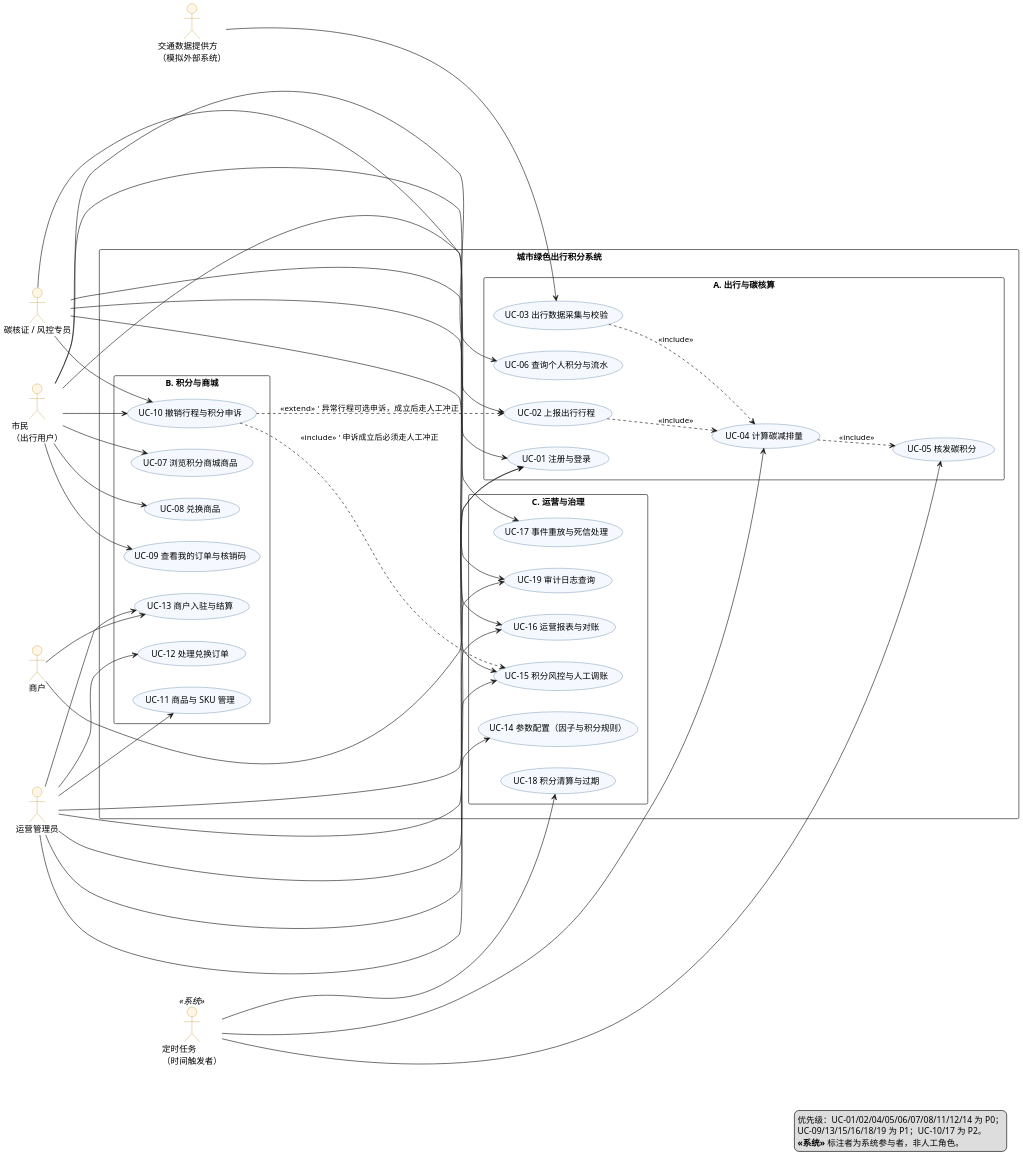
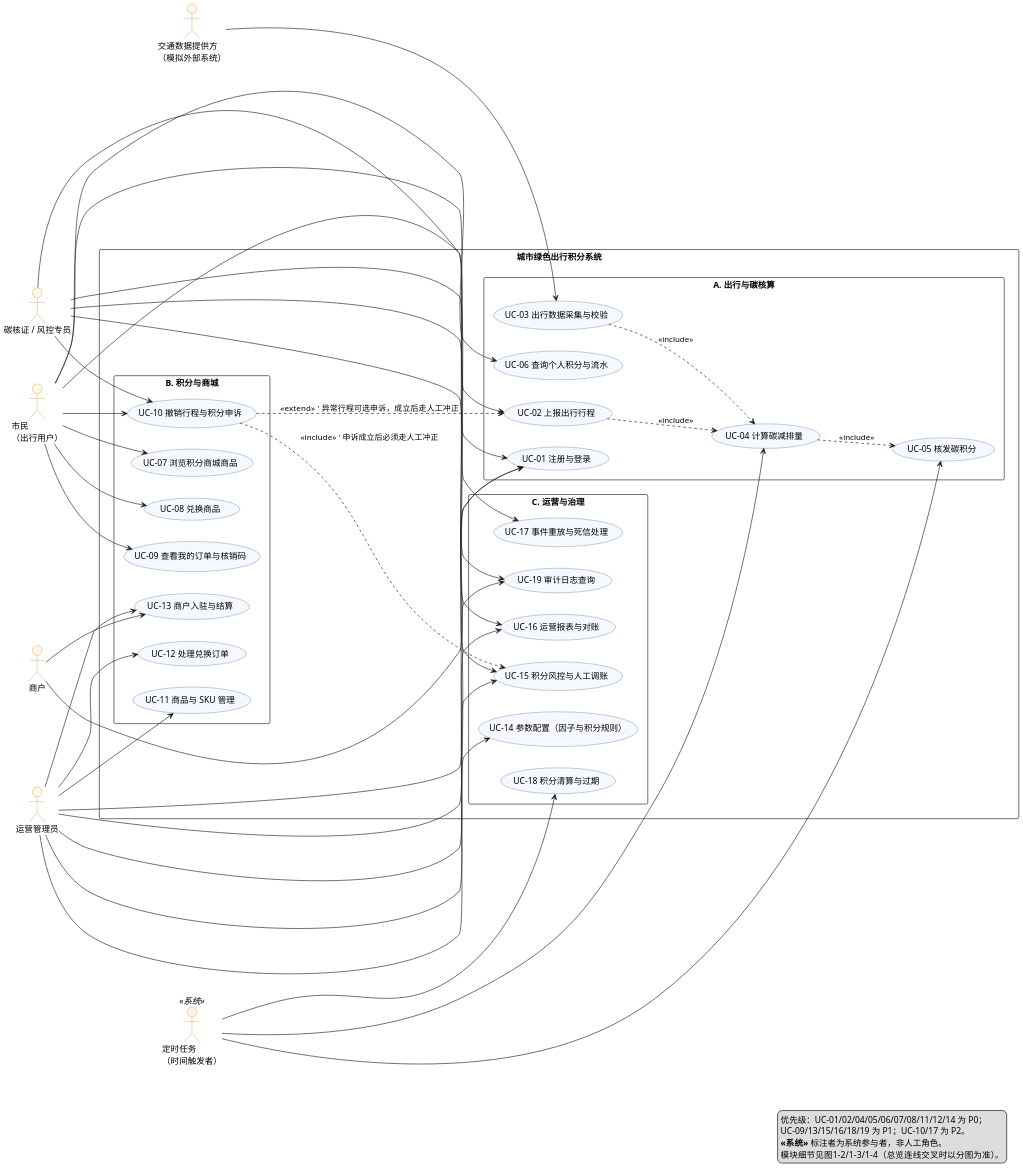
One commit to chiyan11/green-travel-points changed the diagram in docs/uml/01-用例图-总览.puml. Above: the diagram before and after it, drawn with PlantUML. The commit also changed 61 other files, not shown here.

First line of the commit message:
docs(report): 报告 v1.1 与 24 图 UML 同步

```diff
--- a/docs/uml/01-用例图-总览.puml
+++ b/docs/uml/01-用例图-总览.puml
@@ -1,110 +1,111 @@
 @startuml 图1-1 城市绿色出行积分系统 用例图
 ' 依据：docs/需求规格说明书.md §2.1 角色列表 / §2.2 用例列表 / §2.3.1 分区原则
 ' 约定：人工角色在左，系统参与者（R5/R6）在右；虚线箭头表示 include / extend
 ' 渲染：java -jar plantuml.jar -charset UTF-8 -tpng "01-用例图-总览.puml"
 
 skinparam defaultFontName "Microsoft YaHei"
 skinparam dpi 150
 skinparam shadowing false
 ' 横向布局：actor 在左，三个分区自上而下堆叠，避免 19 个用例排成一条 6500px 的长条
 left to right direction
 
 skinparam usecase {
   BackgroundColor #F5F9FF
   BorderColor #2E5C8A
 }
 skinparam actor {
   BackgroundColor #FFF6E5
   BorderColor #B8860B
 }
 
 actor "市民\n（出行用户）" as R1
 actor "运营管理员" as R2
 actor "商户" as R3
 actor "碳核证 / 风控专员" as R4
 
 rectangle "城市绿色出行积分系统" {
 
   rectangle "A. 出行与碳核算" {
     usecase "UC-01 注册与登录" as UC01
     usecase "UC-02 上报出行行程" as UC02
     usecase "UC-03 出行数据采集与校验" as UC03
     usecase "UC-04 计算碳减排量" as UC04
     usecase "UC-05 核发碳积分" as UC05
     usecase "UC-06 查询个人积分与流水" as UC06
   }
 
   rectangle "B. 积分与商城" {
     usecase "UC-07 浏览积分商城商品" as UC07
     usecase "UC-08 兑换商品" as UC08
     usecase "UC-09 查看我的订单与核销码" as UC09
     usecase "UC-10 撤销行程与积分申诉" as UC10
     usecase "UC-11 商品与 SKU 管理" as UC11
     usecase "UC-12 处理兑换订单" as UC12
     usecase "UC-13 商户入驻与结算" as UC13
   }
 
   rectangle "C. 运营与治理" {
     usecase "UC-14 参数配置（因子与积分规则）" as UC14
     usecase "UC-15 积分风控与人工调账" as UC15
     usecase "UC-16 运营报表与对账" as UC16
     usecase "UC-17 事件重放与死信处理" as UC17
     usecase "UC-18 积分清算与过期" as UC18
     usecase "UC-19 审计日志查询" as UC19
   }
 }
 
 actor "交通数据提供方\n（模拟外部系统）" as R5
 actor "定时任务\n（时间触发者）" as R6 <<系统>>
 
 ' ---------- 角色 → 用例 关联 ----------
 R1 --> UC01
 R1 --> UC02
 R1 --> UC06
 R1 --> UC07
 R1 --> UC08
 R1 --> UC09
 R1 --> UC10
 
 R2 --> UC01
 R2 --> UC11
 R2 --> UC12
 R2 --> UC13
 R2 --> UC14
 R2 --> UC15
 R2 --> UC16
 R2 --> UC19
 
 R3 --> UC01
 R3 --> UC13
 
 R4 --> UC10
 R4 --> UC15
 R4 --> UC16
 R4 --> UC17
 R4 --> UC19
 
 R5 --> UC03
 R6 --> UC04
 R6 --> UC05
 R6 --> UC18
 
 ' ---------- include / extend（判定口径见 §2.3.1） ----------
 UC02 ..> UC04 : <<include>>
 UC03 ..> UC04 : <<include>>
 UC04 ..> UC05 : <<include>>
 UC10 ..> UC02 : <<extend>>   ' 异常行程可选申诉，成立后走人工冲正
 UC10 ..> UC15 : <<include>>  ' 申诉成立后必须走人工冲正
 ' 说明：UC-08 的“校验积分与库存”是锁后复核的内部活动，不单列为用例；
 ' UC-12 的“关闭订单”是同一用例的备选流；UC-16 对账与 UC-18 清算相互独立，
 ' 均不画 include / extend，避免把活动图误画成用例图。
 
 ' 事件流与约束不在此图重复：详见 02/03 活动图、09/10 序列图与需求说明书 §2.3.2
 
 legend right
   优先级：UC-01/02/04/05/06/07/08/11/12/14 为 P0；
   UC-09/13/15/16/18/19 为 P1；UC-10/17 为 P2。
   **<<系统>>** 标注者为系统参与者，非人工角色。
+  模块细节见图1-2/1-3/1-4（总览连线交叉时以分图为准）。
 endlegend
 
 @enduml
```
